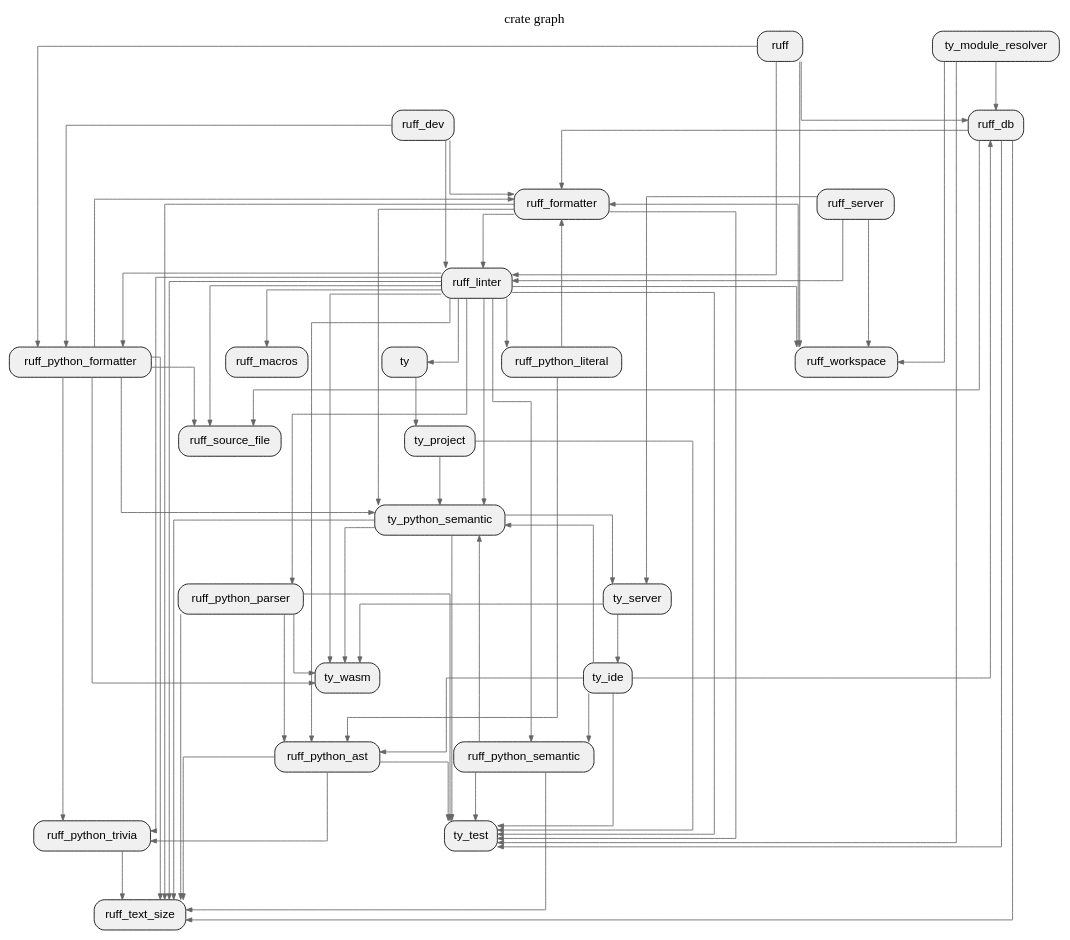
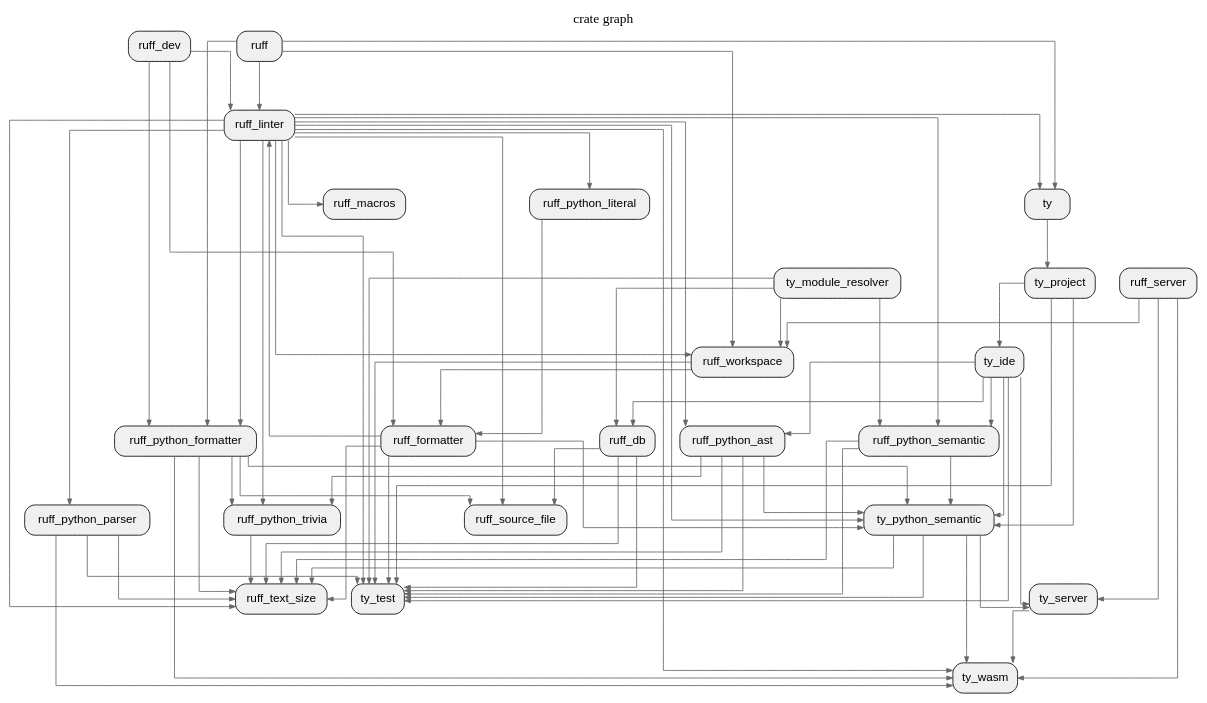
Before and after one commit to allenanswerzq/llmcc: the diagram in sample/ruff-pagerank/depth_1_crate.dot, drawn with Graphviz. The commit also changed 215 other files, not shown here.

```diff
--- a/sample/ruff-pagerank/depth_1_crate.dot
+++ b/sample/ruff-pagerank/depth_1_crate.dot
@@ -1,111 +1,111 @@
 digraph architecture {
   // Layout settings
   rankdir=TB;
   ranksep=0.8;
   nodesep=0.4;
   splines=ortho;
   concentrate=true;
 
   node [shape=box, style="rounded,filled", fillcolor="#f0f0f0", fontname="Helvetica"];
   edge [color="#666666", arrowsize=0.7];
 
   label="crate graph";
   labelloc=t;
   fontsize=16;
   fontname="Helvetica Bold";
 
   crate_ruff[label="ruff"];
   crate_ruff_db[label="ruff_db"];
   crate_ruff_dev[label="ruff_dev"];
   crate_ruff_formatter[label="ruff_formatter"];
   crate_ruff_linter[label="ruff_linter"];
   crate_ruff_macros[label="ruff_macros"];
   crate_ruff_python_ast[label="ruff_python_ast"];
   crate_ruff_python_formatter[label="ruff_python_formatter"];
   crate_ruff_python_literal[label="ruff_python_literal"];
   crate_ruff_python_parser[label="ruff_python_parser"];
   crate_ruff_python_semantic[label="ruff_python_semantic"];
   crate_ruff_python_trivia[label="ruff_python_trivia"];
   crate_ruff_server[label="ruff_server"];
   crate_ruff_source_file[label="ruff_source_file"];
   crate_ruff_text_size[label="ruff_text_size"];
   crate_ruff_workspace[label="ruff_workspace"];
   crate_ty[label="ty"];
   crate_ty_ide[label="ty_ide"];
   crate_ty_module_resolver[label="ty_module_resolver"];
   crate_ty_project[label="ty_project"];
   crate_ty_python_semantic[label="ty_python_semantic"];
   crate_ty_server[label="ty_server"];
   crate_ty_test[label="ty_test"];
   crate_ty_wasm[label="ty_wasm"];
 
-  crate_ruff -> crate_ruff_db;
   crate_ruff -> crate_ruff_linter;
   crate_ruff -> crate_ruff_python_formatter;
   crate_ruff -> crate_ruff_workspace;
-  crate_ruff_db -> crate_ruff_formatter;
+  crate_ruff -> crate_ty;
   crate_ruff_db -> crate_ruff_source_file;
   crate_ruff_db -> crate_ruff_text_size;
   crate_ruff_db -> crate_ty_test;
   crate_ruff_dev -> crate_ruff_formatter;
   crate_ruff_dev -> crate_ruff_linter;
   crate_ruff_dev -> crate_ruff_python_formatter;
   crate_ruff_formatter -> crate_ruff_linter;
   crate_ruff_formatter -> crate_ruff_text_size;
   crate_ruff_formatter -> crate_ty_python_semantic;
   crate_ruff_formatter -> crate_ty_test;
   crate_ruff_linter -> crate_ruff_macros;
   crate_ruff_linter -> crate_ruff_python_ast;
   crate_ruff_linter -> crate_ruff_python_formatter;
   crate_ruff_linter -> crate_ruff_python_literal;
   crate_ruff_linter -> crate_ruff_python_parser;
   crate_ruff_linter -> crate_ruff_python_semantic;
   crate_ruff_linter -> crate_ruff_python_trivia;
   crate_ruff_linter -> crate_ruff_source_file;
   crate_ruff_linter -> crate_ruff_text_size;
   crate_ruff_linter -> crate_ruff_workspace;
   crate_ruff_linter -> crate_ty;
   crate_ruff_linter -> crate_ty_python_semantic;
   crate_ruff_linter -> crate_ty_test;
   crate_ruff_linter -> crate_ty_wasm;
   crate_ruff_python_ast -> crate_ruff_python_trivia;
   crate_ruff_python_ast -> crate_ruff_text_size;
+  crate_ruff_python_ast -> crate_ty_python_semantic;
   crate_ruff_python_ast -> crate_ty_test;
-  crate_ruff_python_formatter -> crate_ruff_formatter;
   crate_ruff_python_formatter -> crate_ruff_python_trivia;
   crate_ruff_python_formatter -> crate_ruff_source_file;
   crate_ruff_python_formatter -> crate_ruff_text_size;
   crate_ruff_python_formatter -> crate_ty_python_semantic;
   crate_ruff_python_formatter -> crate_ty_wasm;
   crate_ruff_python_literal -> crate_ruff_formatter;
-  crate_ruff_python_literal -> crate_ruff_python_ast;
-  crate_ruff_python_parser -> crate_ruff_python_ast;
   crate_ruff_python_parser -> crate_ruff_text_size;
   crate_ruff_python_parser -> crate_ty_test;
   crate_ruff_python_parser -> crate_ty_wasm;
   crate_ruff_python_semantic -> crate_ruff_text_size;
   crate_ruff_python_semantic -> crate_ty_python_semantic;
   crate_ruff_python_semantic -> crate_ty_test;
   crate_ruff_python_trivia -> crate_ruff_text_size;
-  crate_ruff_server -> crate_ruff_linter;
   crate_ruff_server -> crate_ruff_workspace;
   crate_ruff_server -> crate_ty_server;
+  crate_ruff_server -> crate_ty_wasm;
   crate_ruff_workspace -> crate_ruff_formatter;
+  crate_ruff_workspace -> crate_ty_test;
   crate_ty -> crate_ty_project;
   crate_ty_ide -> crate_ruff_db;
   crate_ty_ide -> crate_ruff_python_ast;
   crate_ty_ide -> crate_ruff_python_semantic;
   crate_ty_ide -> crate_ty_python_semantic;
+  crate_ty_ide -> crate_ty_server;
   crate_ty_ide -> crate_ty_test;
   crate_ty_module_resolver -> crate_ruff_db;
+  crate_ty_module_resolver -> crate_ruff_python_semantic;
   crate_ty_module_resolver -> crate_ruff_workspace;
   crate_ty_module_resolver -> crate_ty_test;
+  crate_ty_project -> crate_ty_ide;
   crate_ty_project -> crate_ty_python_semantic;
   crate_ty_project -> crate_ty_test;
   crate_ty_python_semantic -> crate_ruff_text_size;
   crate_ty_python_semantic -> crate_ty_server;
   crate_ty_python_semantic -> crate_ty_test;
   crate_ty_python_semantic -> crate_ty_wasm;
-  crate_ty_server -> crate_ty_ide;
   crate_ty_server -> crate_ty_wasm;
 }
```
